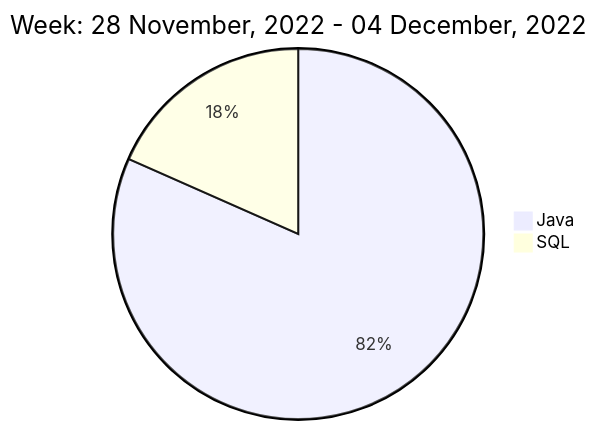
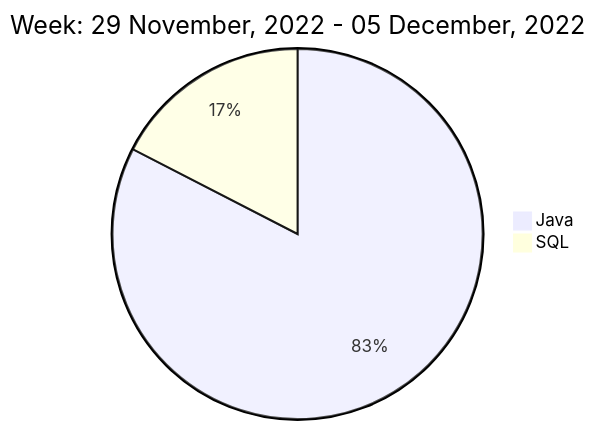
The diagram in README.md (liubin95/liubin95), drawn with Mermaid before and after one commit.

Commit message:
Updated the Graph with new Metrics

````diff
--- a/README.md
+++ b/README.md
@@ -40,6 +40,6 @@
 ```mermaid
  pie
-title Week: 28 November, 2022 - 04 December, 2022
- "Java" : 15.02
- "SQL" : 3.38
+title Week: 29 November, 2022 - 05 December, 2022
+ "Java" : 16.58
+ "SQL" : 3.5
 ```
````
